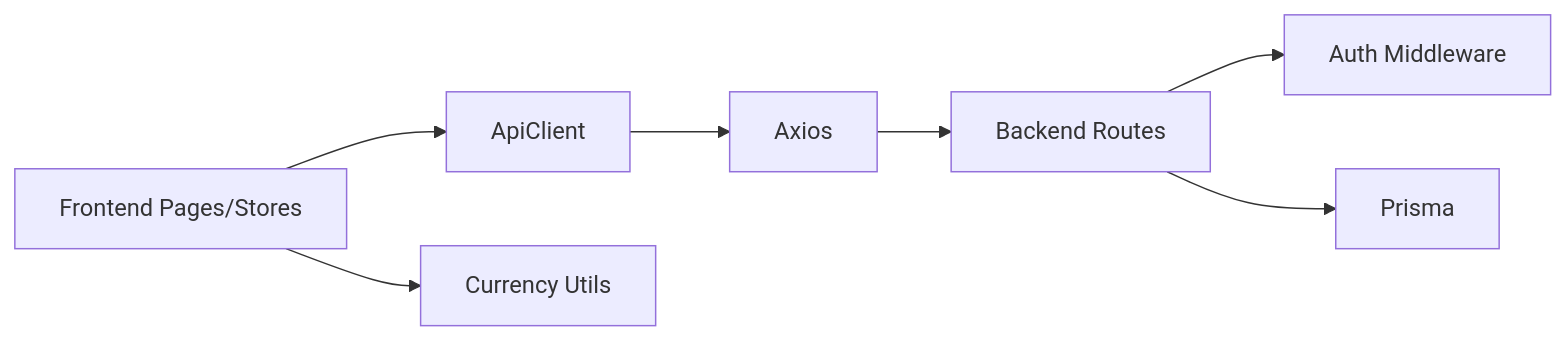
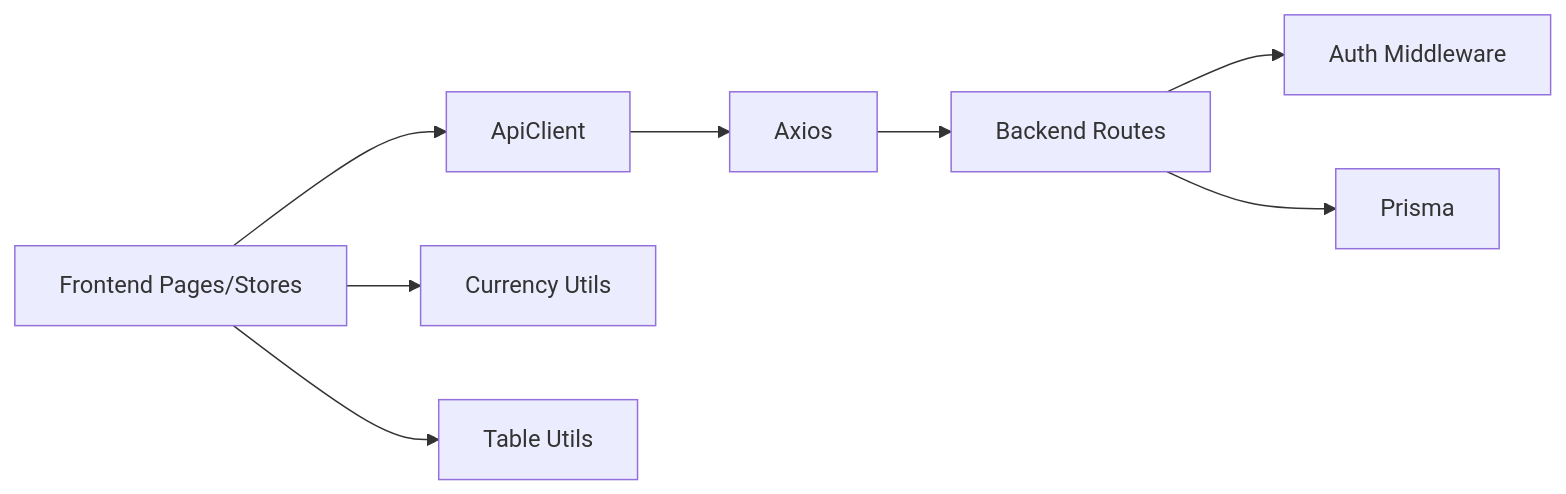
Before and after one commit to Dequeue-Tech/DeQ-Bite: the tenth of 10 diagrams in .qoder/repowiki/en/content/Frontend System/API Integration.md, drawn with Mermaid. The commit also changed other lines of this file and 25 other files, not shown here.

````diff
--- a/.qoder/repowiki/en/content/Frontend System/API Integration.md
+++ b/.qoder/repowiki/en/content/Frontend System/API Integration.md
@@ -413,9 +526,10 @@
 ```mermaid
 graph LR
 FE["Frontend Pages/Stores"] --> AC["ApiClient"]
 AC --> AX["Axios"]
 AX --> BE["Backend Routes"]
 BE --> MW["Auth Middleware"]
 BE --> PR["Prisma"]
 FE --> CU["Currency Utils"]
+FE --> TBL["Table Utils"]
 ```
````
